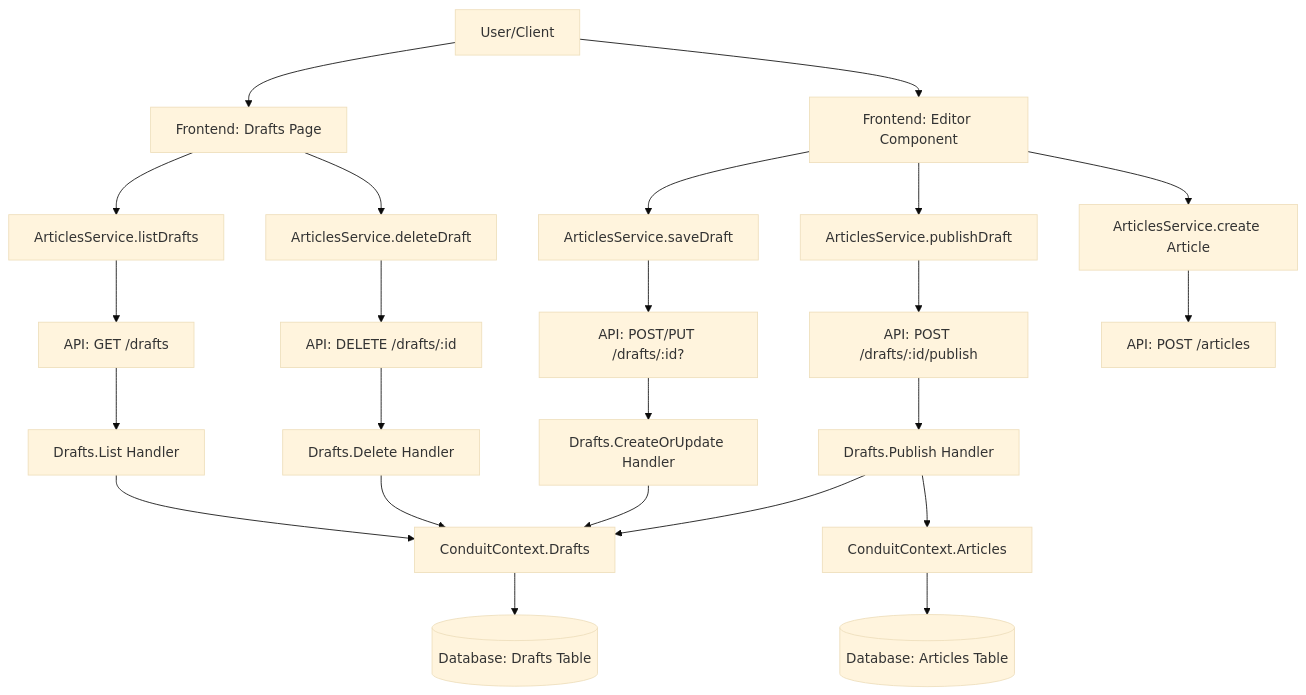
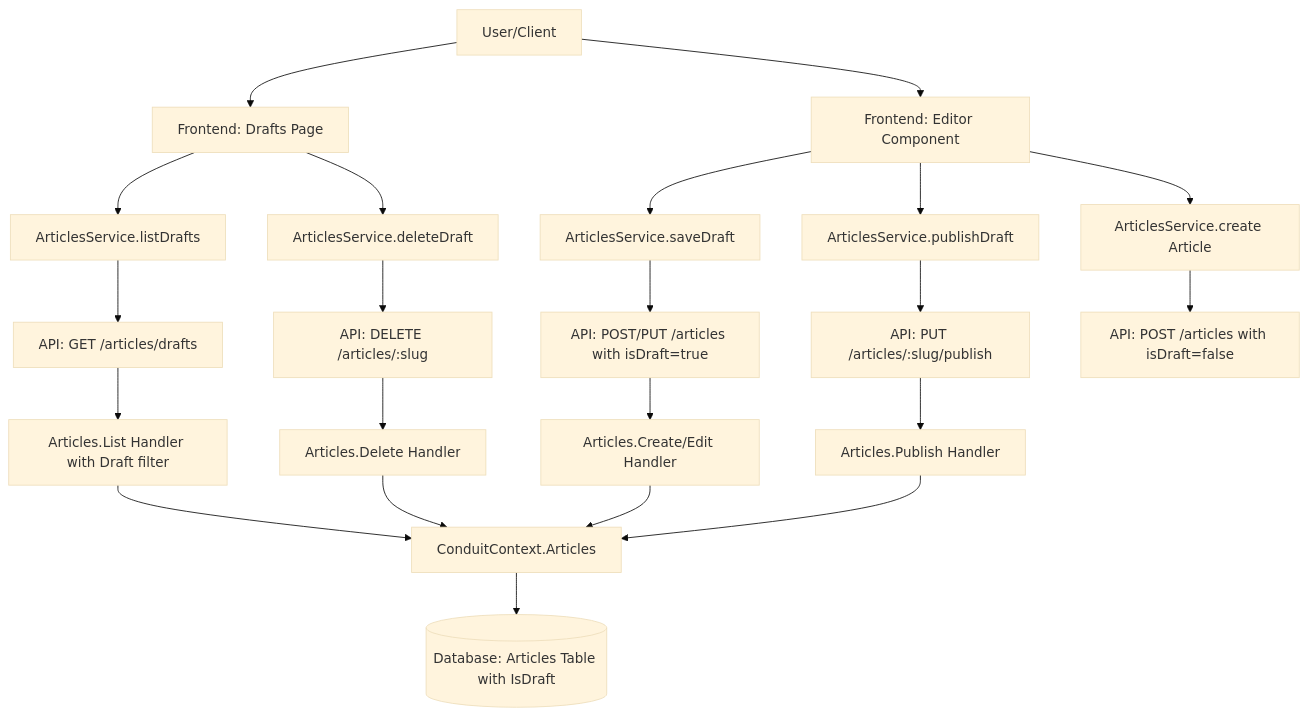
The diagram in .github/specs/article-drafts/plan.md (RScheedlerSopra/realworld), drawn with Mermaid (base theme) before and after one commit. The commit also changed other lines of this file, not shown here.

````diff
--- a/.github/specs/article-drafts/plan.md
+++ b/.github/specs/article-drafts/plan.md
@@ -9,31 +9,29 @@
 ```mermaid
 graph TD
     A[User/Client] --> B[Frontend: Drafts Page]
     A --> C[Frontend: Editor Component]
     
     B --> D[ArticlesService.listDrafts]
     B --> E[ArticlesService.deleteDraft]
     C --> F[ArticlesService.saveDraft]
     C --> G[ArticlesService.publishDraft]
     C --> H[ArticlesService.create Article]
     
-    D --> I[API: GET /drafts]
-    E --> J[API: DELETE /drafts/:id]
-    F --> K[API: POST/PUT /drafts/:id?]
-    G --> L[API: POST /drafts/:id/publish]
-    H --> M[API: POST /articles]
+    D --> I[API: GET /articles/drafts]
+    E --> J[API: DELETE /articles/:slug]
+    F --> K[API: POST/PUT /articles with isDraft=true]
+    G --> L[API: PUT /articles/:slug/publish]
+    H --> M[API: POST /articles with isDraft=false]
     
-    I --> N[Drafts.List Handler]
-    J --> O[Drafts.Delete Handler]
-    K --> P[Drafts.CreateOrUpdate Handler]
-    L --> Q[Drafts.Publish Handler]
+    I --> N[Articles.List Handler with Draft filter]
+    J --> O[Articles.Delete Handler]
+    K --> P[Articles.Create/Edit Handler]
+    L --> Q[Articles.Publish Handler]
     
-    N --> R[ConduitContext.Drafts]
+    N --> R[ConduitContext.Articles]
     O --> R
     P --> R
     Q --> R
-    Q --> S[ConduitContext.Articles]
     
-    R --> T[(Database: Drafts Table)]
-    S --> U[(Database: Articles Table)]
+    R --> S[(Database: Articles Table with IsDraft)]
 ```
````
